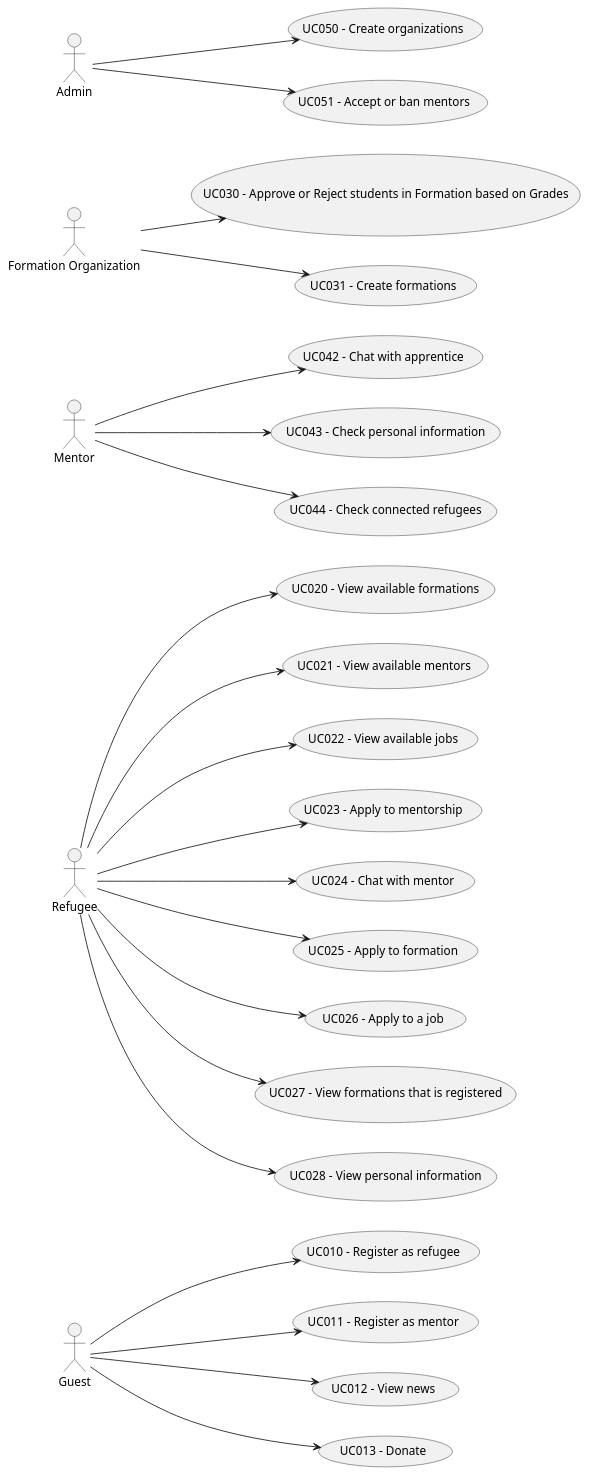
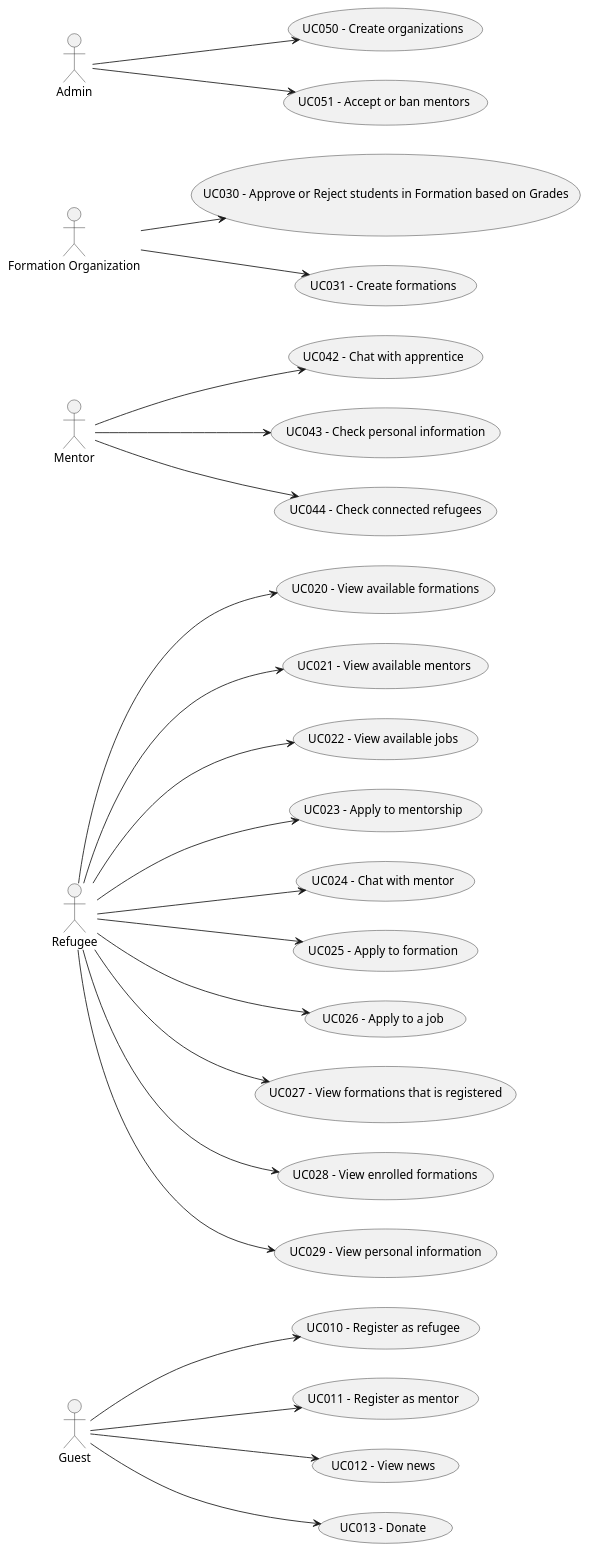
One commit to kanzodotjava/RefugeeLINK changed the diagram in Doc/Requirements/puml/UseCaseDiagram.puml. Above: the diagram before and after it, drawn with PlantUML. The commit also changed 18 other files, not shown here.

```diff
--- a/Doc/Requirements/puml/UseCaseDiagram.puml
+++ b/Doc/Requirements/puml/UseCaseDiagram.puml
@@ -1,70 +1,72 @@
 @startuml
 
 left to right direction
 
 actor "Guest" as Guest
 actor "Refugee" as Refugee
 actor "Mentor" as Mentor
 actor "Formation Organization" as Org
 actor "Admin" as Admin
 
 usecase "UC010 - Register as refugee" as UC010
 usecase "UC011 - Register as mentor" as UC011
 usecase "UC012 - View news" as UC012
 usecase "UC013 - Donate" as UC013
 
 
 usecase "UC020 - View available formations" as UC020
 usecase "UC021 - View available mentors" as UC021
 usecase "UC022 - View available jobs" as UC022
 usecase "UC023 - Apply to mentorship" as UC023
 usecase "UC024 - Chat with mentor" as UC024
 usecase "UC025 - Apply to formation" as UC025
 usecase "UC026 - Apply to a job" as UC026
 usecase "UC027 - View formations that is registered" as UC027
-usecase "UC028 - View personal information" as UC028
+usecase "UC028 - View enrolled formations" as UC028
+usecase "UC029 - View personal information" as UC029
 
 
 usecase "UC030 - Approve or Reject students in Formation based on Grades" as UC030
 usecase "UC031 - Create formations" as UC031
 
 usecase "UC042 - Chat with apprentice" as UC042
 usecase "UC043 - Check personal information" as UC043
 usecase "UC044 - Check connected refugees" as UC044
 
 usecase "UC050 - Create organizations" as UC050
 usecase "UC051 - Accept or ban mentors" as UC051
 
 
 Guest --> UC010
 Guest --> UC011
 Guest --> UC012
 Guest --> UC013
 
 Refugee --> UC020
 Refugee --> UC021
 Refugee --> UC022
 Refugee --> UC025
 Refugee --> UC026
 Refugee --> UC027
 Refugee --> UC023
 Refugee --> UC024
+Refugee --> UC029
 Refugee --> UC028
 
 
 Org --> UC030
 Org --> UC031
 
 Mentor --> UC042
 Mentor --> UC043
 Mentor --> UC044
 
 Admin --> UC050
 Admin --> UC051
 
 
 
 
 
 
 @enduml
```
